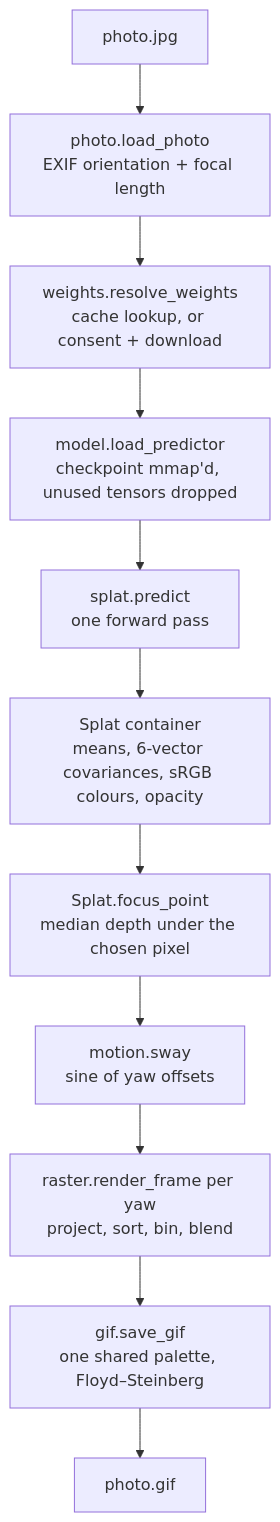
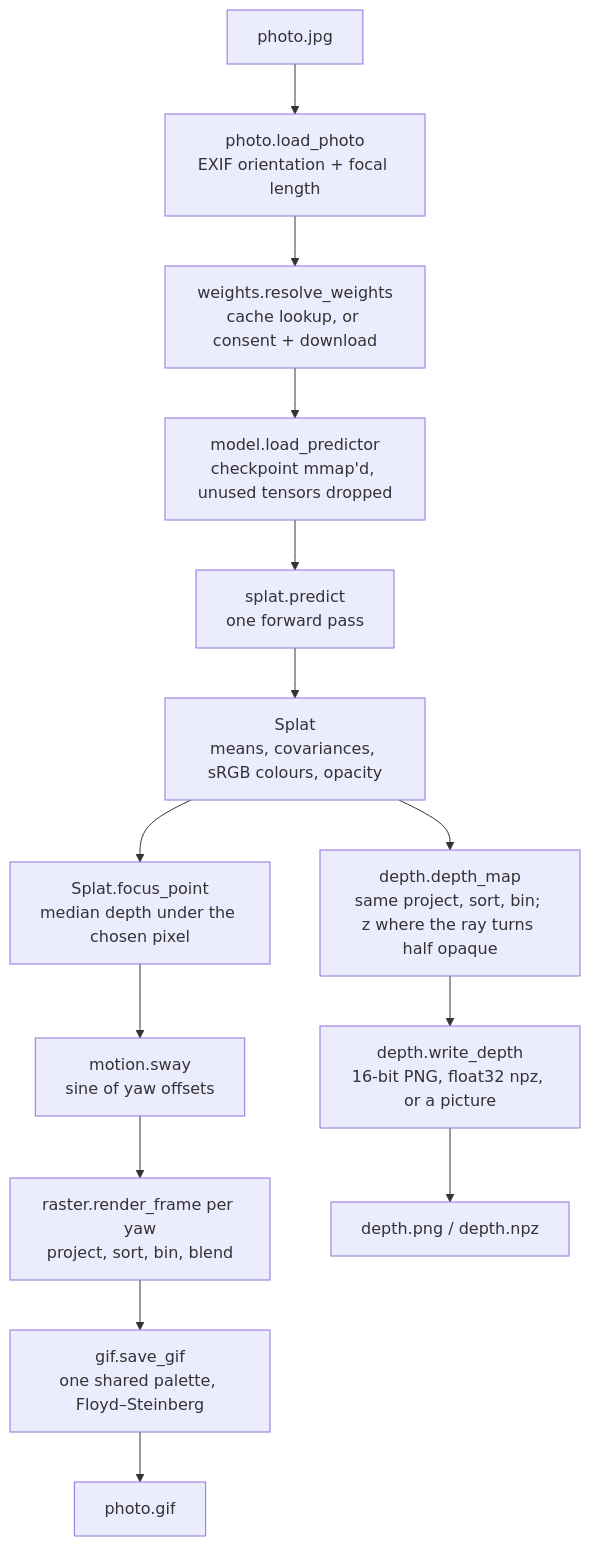
Before and after one commit to CharliePetch/splatgif: the diagram in docs/splatgif-architecture.md, drawn with Mermaid. The commit also changed other lines of this file, not shown here.

First line of the commit message:
Docs: correct the architecture doc and describe depth.py

````diff
--- a/docs/splatgif-architecture.md
+++ b/docs/splatgif-architecture.md
@@ -14,13 +14,16 @@
 ```mermaid
 flowchart TD
   P["photo.jpg"] --> PHOTO["photo.load_photo<br/>EXIF orientation + focal length"]
   PHOTO --> W["weights.resolve_weights<br/>cache lookup, or consent + download"]
   W --> M["model.load_predictor<br/>checkpoint mmap'd, unused tensors dropped"]
   M --> PRED["splat.predict<br/>one forward pass"]
-  PRED --> S["Splat container<br/>means, 6-vector covariances, sRGB colours, opacity"]
+  PRED --> S["Splat<br/>means, covariances, sRGB colours, opacity"]
   S --> FO["Splat.focus_point<br/>median depth under the chosen pixel"]
   FO --> SW["motion.sway<br/>sine of yaw offsets"]
   SW --> RF["raster.render_frame per yaw<br/>project, sort, bin, blend"]
   RF --> G["gif.save_gif<br/>one shared palette, Floyd–Steinberg"]
   G --> OUT["photo.gif"]
+  S --> DM["depth.depth_map<br/>same project, sort, bin; z where the ray turns half opaque"]
+  DM --> WD["depth.write_depth<br/>16-bit PNG, float32 npz, or a picture"]
+  WD --> DOUT["depth.png / depth.npz"]
 ```
````
